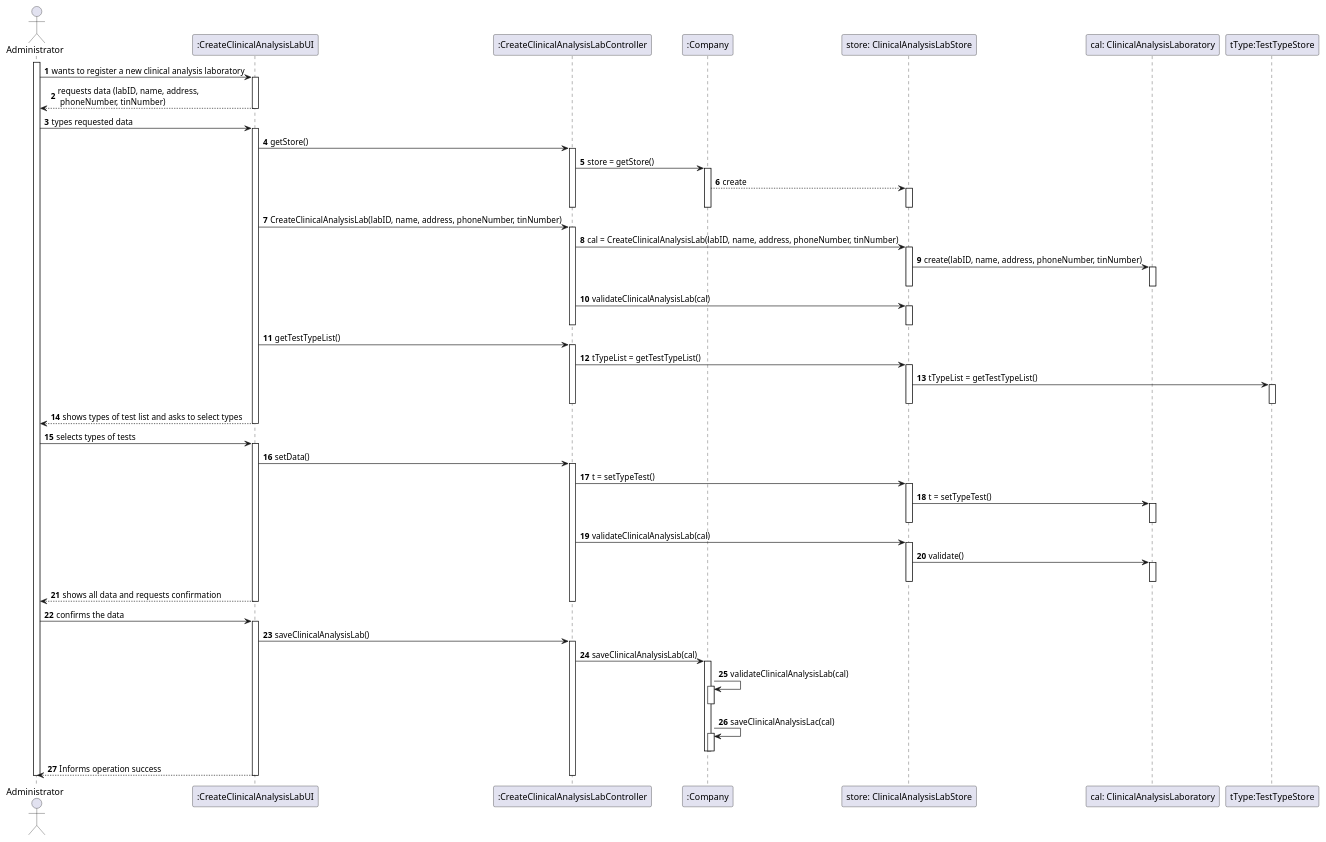
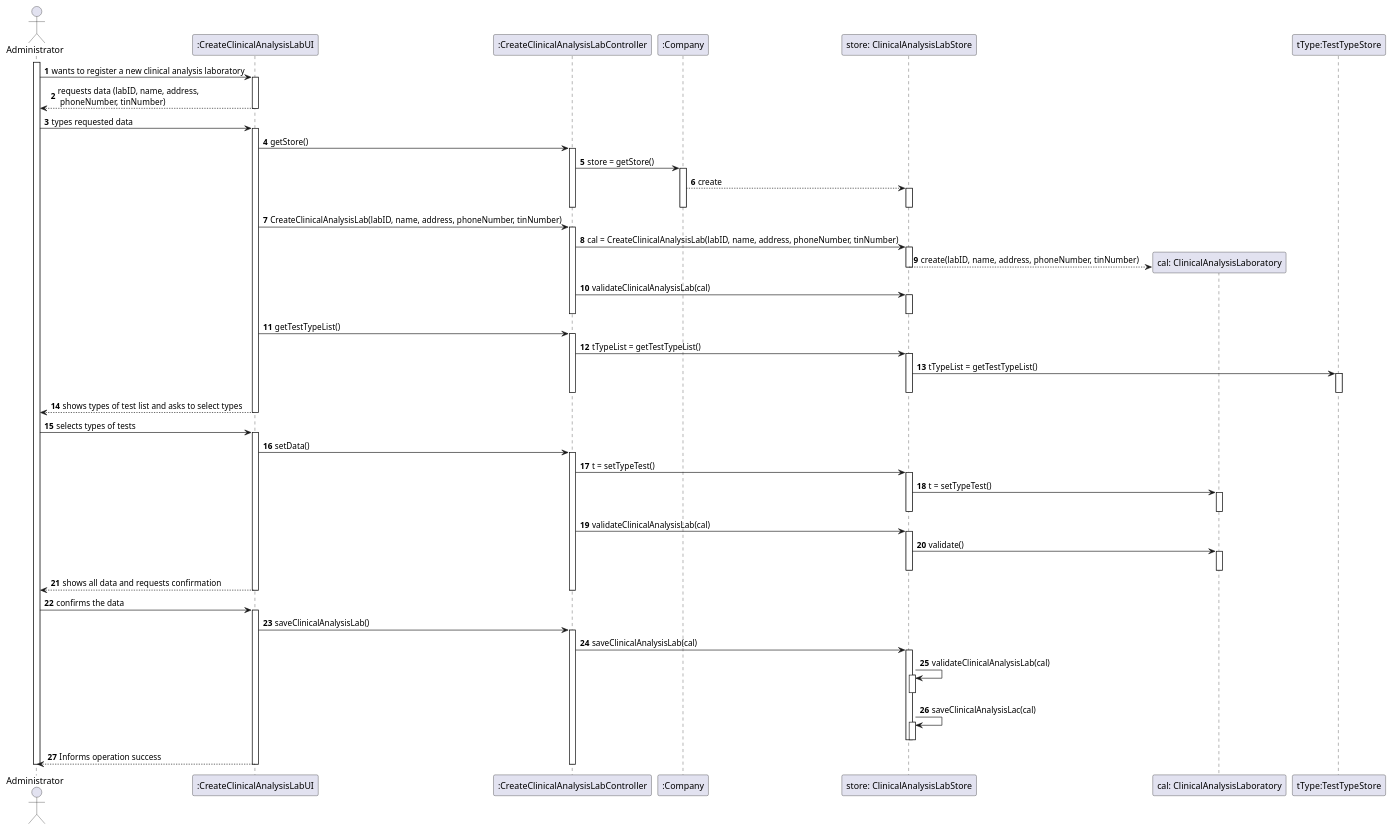
The diagram in docs/SprintB/US08/US8_SD.puml (MarianaCLages/LAPR2), drawn with PlantUML before and after one commit. The commit also changed 3 other files, not shown here.

```diff
--- a/docs/SprintB/US08/US8_SD.puml
+++ b/docs/SprintB/US08/US8_SD.puml
@@ -1,92 +1,91 @@
 @startuml
 'https://plantuml.com/sequence-diagram
 autonumber
 actor Administrator as A
 participant ":CreateClinicalAnalysisLabUI" as UI
 participant ":CreateClinicalAnalysisLabController" as CTRL
 participant ":Company" as C
 participant "store: ClinicalAnalysisLabStore" as STO
 participant "cal: ClinicalAnalysisLaboratory" as CAL
 participant "tType:TestTypeStore" as TT
 
 activate A
 A -> UI: wants to register a new clinical analysis laboratory
 activate UI
 UI --> A: requests data (labID, name, address,\n phoneNumber, tinNumber)
 deactivate UI
 A -> UI: types requested data
 activate UI
 UI -> CTRL : getStore()
 activate CTRL
 CTRL -> C: store = getStore()
 activate C
 C --> STO: create
 activate STO
 deactivate STO
 deactivate C
 deactivate CTRL
 
 UI -> CTRL : CreateClinicalAnalysisLab(labID, name, address, phoneNumber, tinNumber)
 activate CTRL
 CTRL -> STO: cal = CreateClinicalAnalysisLab(labID, name, address, phoneNumber, tinNumber)
 activate STO
-STO -> CAL : create(labID, name, address, phoneNumber, tinNumber)
-activate CAL
-deactivate CAL
+STO --> CAL** : create(labID, name, address, phoneNumber, tinNumber)
+
 deactivate STO
 CTRL -> STO: validateClinicalAnalysisLab(cal)
 activate STO
 deactivate STO
 deactivate CTRL
 UI -> CTRL: getTestTypeList()
 activate CTRL
 CTRL -> STO : tTypeList = getTestTypeList()
 activate STO
 STO->TT: tTypeList = getTestTypeList()
 activate TT
 deactivate TT
 deactivate STO
 deactivate CTRL
 
 UI --> A: shows types of test list and asks to select types
 deactivate C
 deactivate CTRL
 deactivate UI
 A -> UI: selects types of tests
 activate UI
 UI -> CTRL: setData()
 activate CTRL
 CTRL -> STO: t = setTypeTest()
 activate STO
 STO -> CAL: t = setTypeTest()
 activate CAL
 deactivate CAL
 deactivate STO
 deactivate C
 CTRL -> STO: validateClinicalAnalysisLab(cal)
 activate STO
 STO -> CAL : validate()
 activate CAL
 deactivate CAL
 deactivate STO
 UI --> A: shows all data and requests confirmation
 deactivate CTRL
 deactivate UI
 A -> UI: confirms the data
 activate UI
 UI-> CTRL : saveClinicalAnalysisLab()
 activate CTRL
-CTRL -> C: saveClinicalAnalysisLab(cal)
-activate C
-C -> C : validateClinicalAnalysisLab(cal)
-activate C
-deactivate C
-C -> C : saveClinicalAnalysisLac(cal)
-activate C
-deactivate C
-deactivate C
+CTRL -> STO: saveClinicalAnalysisLab(cal)
+activate STO
+STO -> STO : validateClinicalAnalysisLab(cal)
+activate STO
+deactivate STO
+STO -> STO : saveClinicalAnalysisLac(cal)
+activate STO
+deactivate STO
+deactivate STO
 UI --> A : Informs operation success
 deactivate CTRL
 deactivate UI
 deactivate A
 @enduml
```
